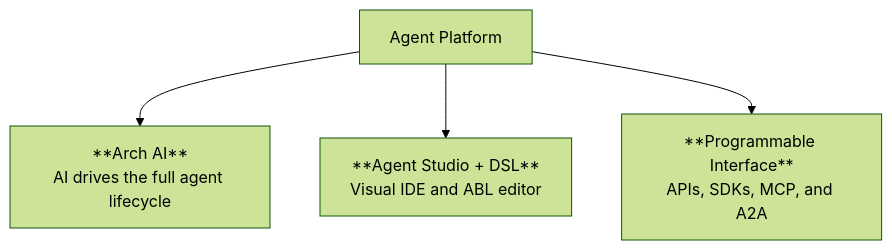
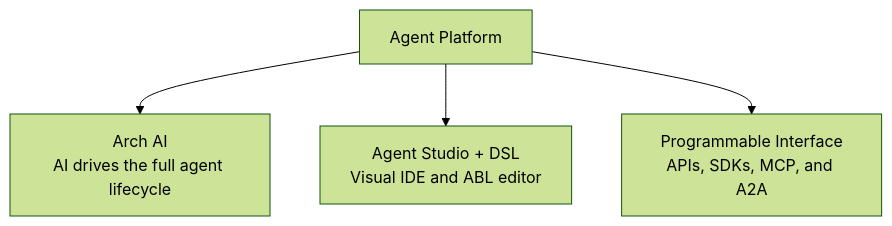
Before and after one commit to Koredotcom/docs-v2: the first of 2 diagrams in agent-platform/getting-started.mdx, drawn with Mermaid (forest theme).

Commit message:
GS edits

````diff
--- a/agent-platform/getting-started.mdx
+++ b/agent-platform/getting-started.mdx
@@ -18,7 +18,7 @@
 ```mermaid actions={false}
 flowchart TD
     P["Agent Platform"]
-    P --> A["**Arch AI**<br />AI drives the full agent lifecycle"]
-    P --> B["**Agent Studio + DSL**<br />Visual IDE and ABL editor"]
-    P --> C["**Programmable Interface**<br />APIs, SDKs, MCP, and A2A"]
+    P --> A["Arch AI<br />AI drives the full agent lifecycle"]
+    P --> B["Agent Studio + DSL<br />Visual IDE and ABL editor"]
+    P --> C["Programmable Interface<br />APIs, SDKs, MCP, and A2A"]
 ```
````
